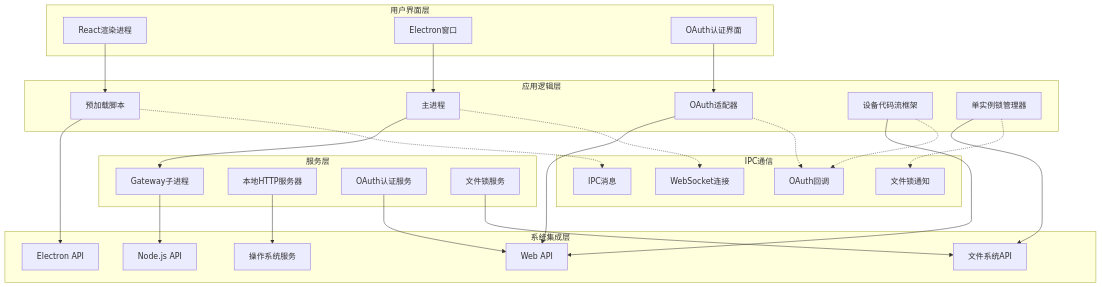
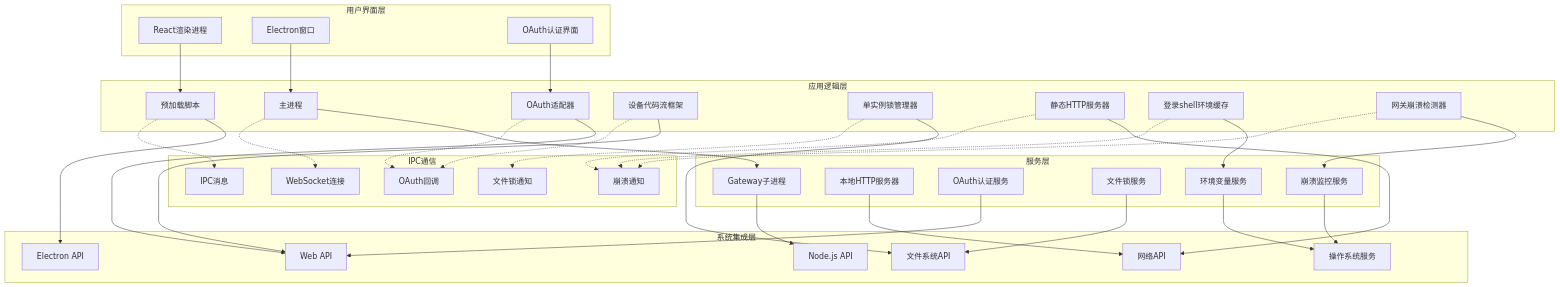
One commit to verse-ai-org/openclaw changed the second of 25 diagrams in .qoder/repowiki/zh/content/核心概念/Electron应用增强.md. Above: the diagram before and after it, drawn with Mermaid. The commit also changed other lines of this file and 9 other files, not shown here.

````diff
--- a/.qoder/repowiki/zh/content/核心概念/Electron应用增强.md
+++ b/.qoder/repowiki/zh/content/核心概念/Electron应用增强.md
@@ -169,51 +183,66 @@
 ```mermaid
 graph TB
 subgraph "用户界面层"
 A[React渲染进程]
 B[Electron窗口]
 C[OAuth认证界面]
 end
 subgraph "应用逻辑层"
 D[主进程]
 E[预加载脚本]
 F[OAuth适配器]
 G[设备代码流框架]
 H[单实例锁管理器]
+I[静态HTTP服务器]
+J[登录shell环境缓存]
+K[网关崩溃检测器]
 end
 subgraph "服务层"
-I[Gateway子进程]
-J[本地HTTP服务器]
-K[OAuth认证服务]
-L[文件锁服务]
+L[Gateway子进程]
+M[本地HTTP服务器]
+N[OAuth认证服务]
+O[文件锁服务]
+P[环境变量服务]
+Q[崩溃监控服务]
 end
 subgraph "系统集成层"
-M[Node.js API]
-N[Electron API]
-O[操作系统服务]
-P[Web API]
-Q[文件系统API]
+R[Node.js API]
+S[Electron API]
+T[操作系统服务]
+U[Web API]
+V[文件系统API]
+W[网络API]
 end
 A --> E
 B --> D
 C --> F
-D --> I
-E --> N
-F --> P
-G --> P
-H --> Q
-I --> M
-J --> O
-K --> P
-L --> Q
+D --> L
+E --> S
+F --> U
+G --> U
+H --> V
+I --> W
+J --> P
+K --> Q
+L --> R
+M --> W
+N --> U
+O --> V
+P --> T
+Q --> T
 subgraph "IPC通信"
-R[IPC消息]
-S[WebSocket连接]
-T[OAuth回调]
-U[文件锁通知]
+X[IPC消息]
+Y[WebSocket连接]
+Z[OAuth回调]
+AA[文件锁通知]
+BB[崩溃通知]
 end
-E -.-> R
-D -.-> S
-F -.-> T
-G -.-> T
-H -.-> U
+E -.-> X
+D -.-> Y
+F -.-> Z
+G -.-> Z
+H -.-> AA
+I -.-> BB
+J -.-> BB
+K -.-> BB
 ```
````
